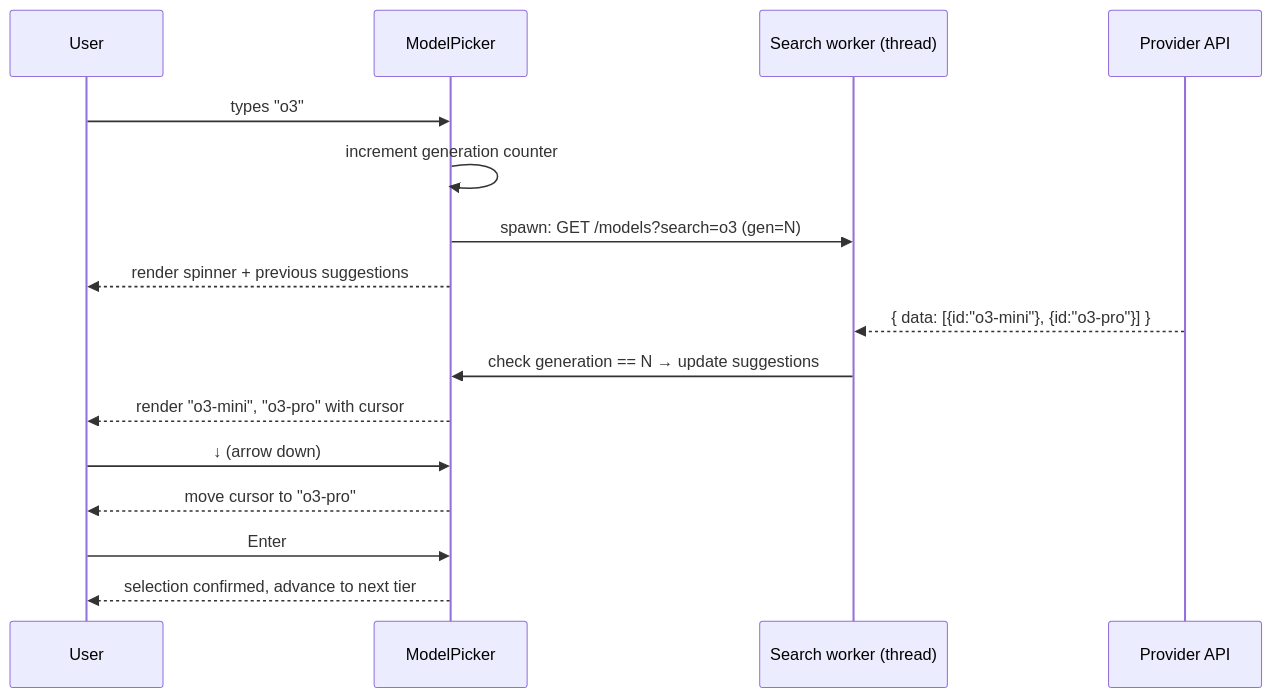
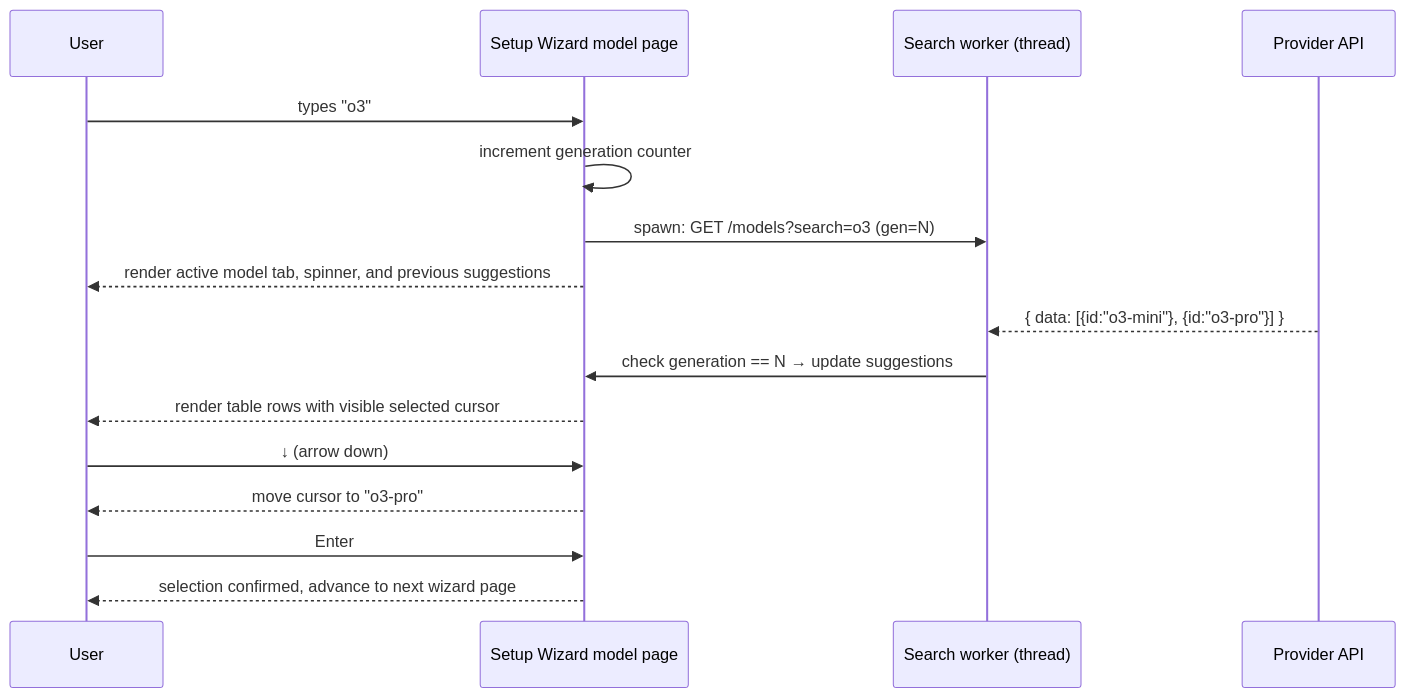
One commit to buster/watn changed the sixth of 10 diagrams in docs/arc42/06-runtime-view.md. Above: the diagram before and after it, drawn with Mermaid. The commit also changed other lines of this file and 32 other files, not shown here.

Commit message:
feat(unified-setup-wizard): Provider setup separates choices, details, and guidance

````diff
--- a/docs/arc42/06-runtime-view.md
+++ b/docs/arc42/06-runtime-view.md
@@ -192,19 +192,19 @@
 ```mermaid
 sequenceDiagram
     participant User as User
-    participant Picker as ModelPicker
+    participant Picker as Setup Wizard model page
     participant Worker as Search worker (thread)
     participant API as Provider API
 
     User->>Picker: types "o3"
     Picker->>Picker: increment generation counter
     Picker->>Worker: spawn: GET /models?search=o3 (gen=N)
-    Picker-->>User: render spinner + previous suggestions
+    Picker-->>User: render active model tab, spinner, and previous suggestions
     API-->>Worker: { data: [{id:"o3-mini"}, {id:"o3-pro"}] }
     Worker->>Picker: check generation == N → update suggestions
-    Picker-->>User: render "o3-mini", "o3-pro" with cursor
+    Picker-->>User: render table rows with visible selected cursor
     User->>Picker: ↓ (arrow down)
     Picker-->>User: move cursor to "o3-pro"
     User->>Picker: Enter
-    Picker-->>User: selection confirmed, advance to next tier
+    Picker-->>User: selection confirmed, advance to next wizard page
 ```
````
